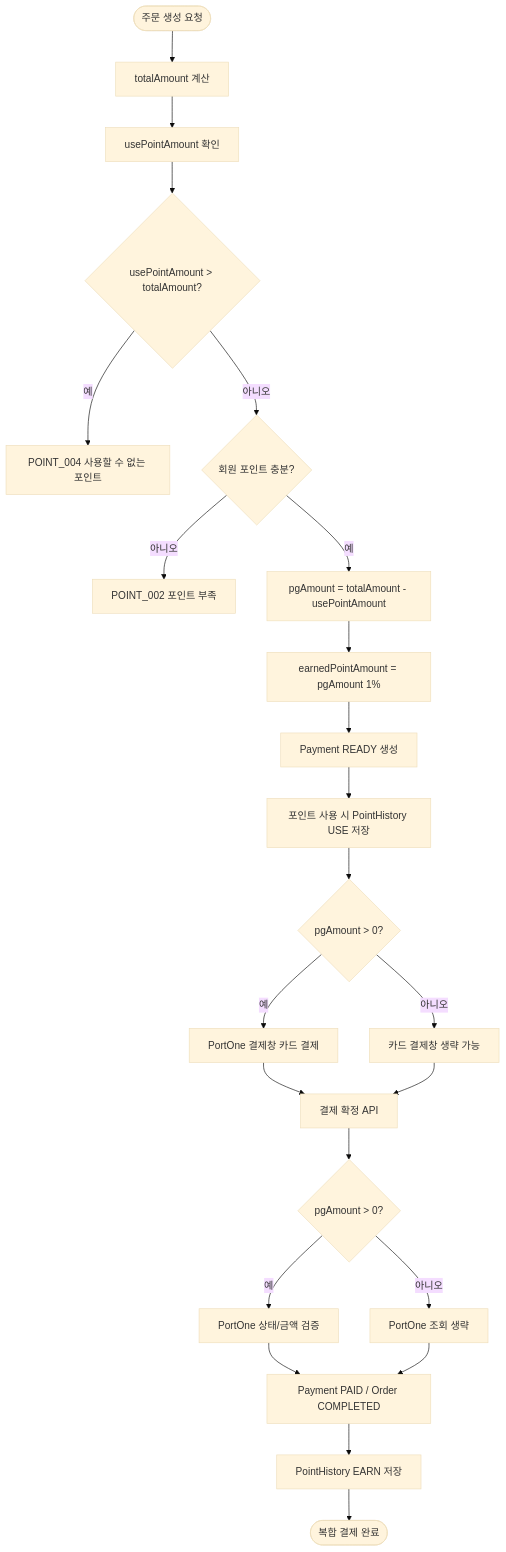
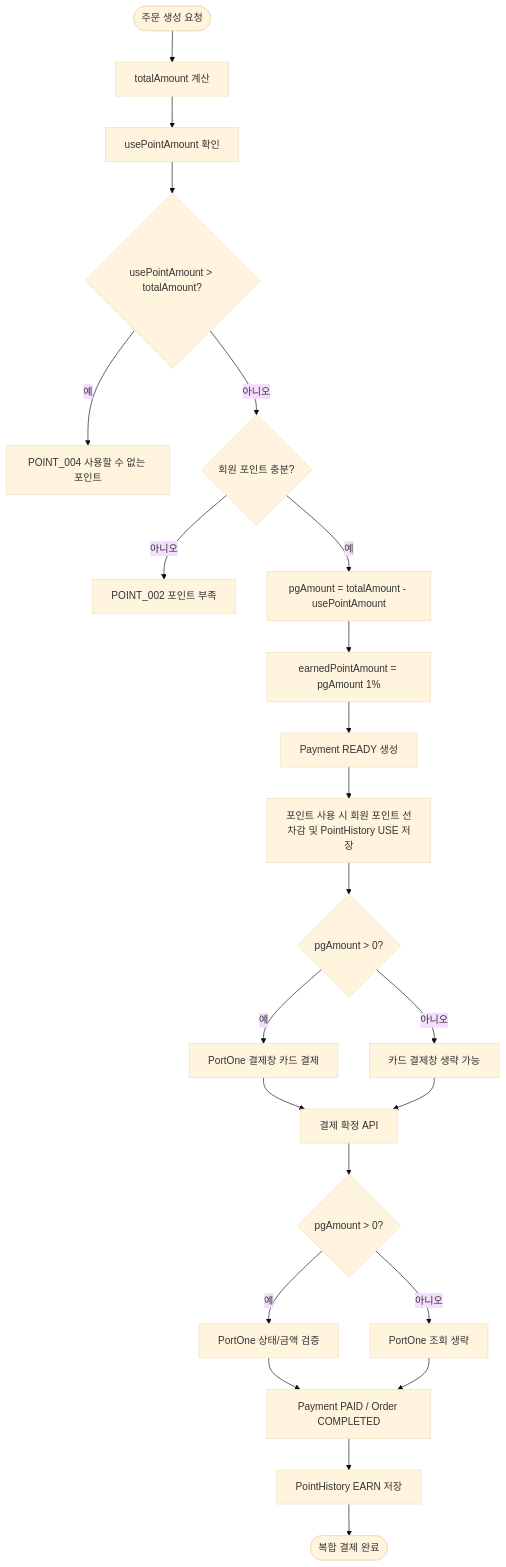
Before and after one commit to hyeonseung-dev/payment-system: the tenth of 14 diagrams in docs/MERMAID_FLOW.md, drawn with Mermaid (base theme). The commit also changed other lines of this file and 2 other files, not shown here.

````diff
--- a/docs/MERMAID_FLOW.md
+++ b/docs/MERMAID_FLOW.md
@@ -273,25 +273,25 @@
 ```mermaid
 flowchart TD
     A([주문 생성 요청]) --> B[totalAmount 계산]
     B --> C[usePointAmount 확인]
     C --> D{usePointAmount > totalAmount?}
     D -->|예| D1[POINT_004 사용할 수 없는 포인트]
     D -->|아니오| E{회원 포인트 충분?}
     E -->|아니오| E1[POINT_002 포인트 부족]
     E -->|예| F[pgAmount = totalAmount - usePointAmount]
     F --> G[earnedPointAmount = pgAmount 1%]
     G --> H[Payment READY 생성]
-    H --> H1[포인트 사용 시 PointHistory USE 저장]
+    H --> H1[포인트 사용 시 회원 포인트 선차감 및 PointHistory USE 저장]
     H1 --> I{pgAmount > 0?}
     I -->|예| J[PortOne 결제창 카드 결제]
     I -->|아니오| K[카드 결제창 생략 가능]
     J --> L[결제 확정 API]
     K --> L
     L --> M{pgAmount > 0?}
     M -->|예| N[PortOne 상태/금액 검증]
     M -->|아니오| O[PortOne 조회 생략]
     N --> P[Payment PAID / Order COMPLETED]
     O --> P
     P --> Q[PointHistory EARN 저장]
     Q --> R([복합 결제 완료])
 ```
````
